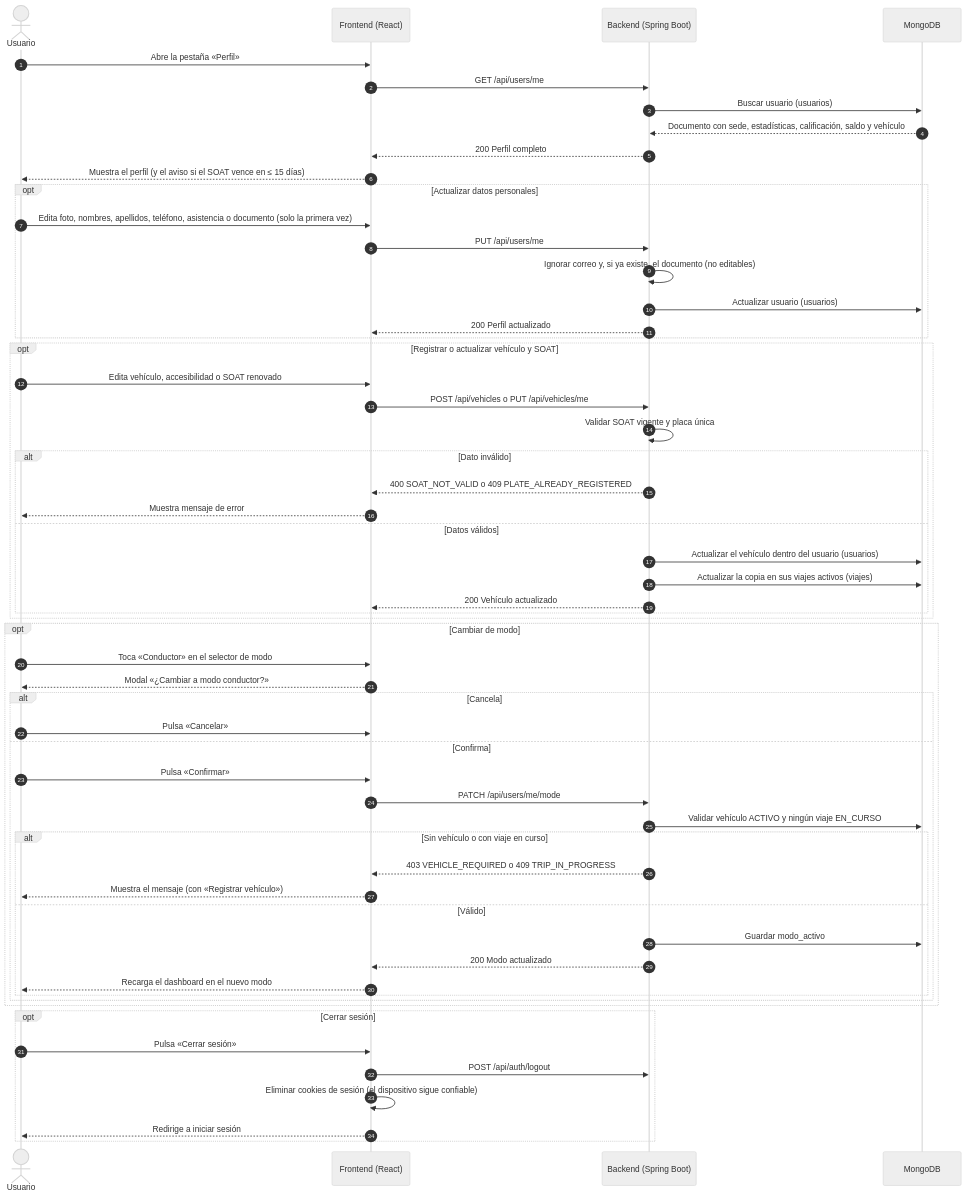
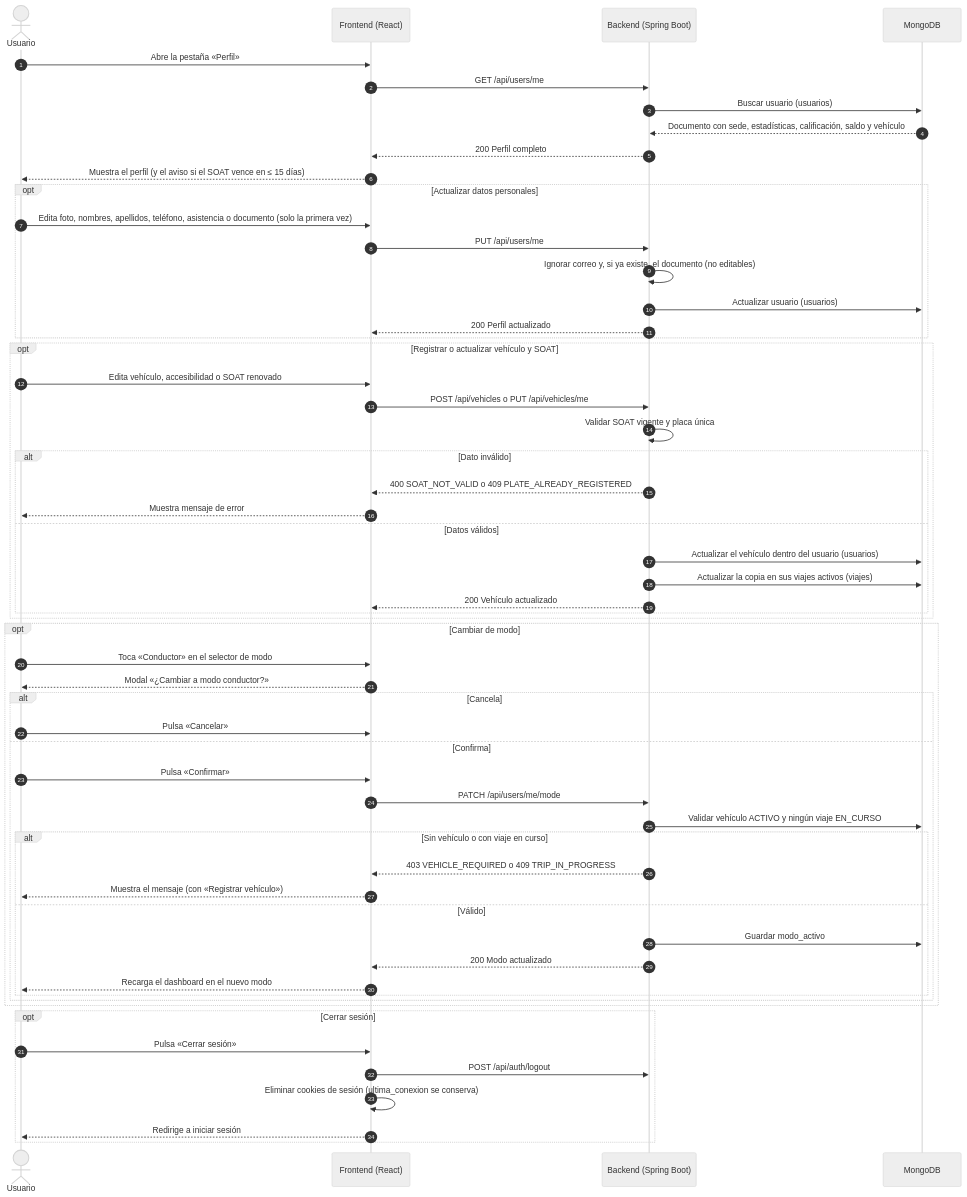
Diagram 12 of 13 in README.md (manuelguarniz/mono-movilidad-colaborativa), drawn with Mermaid (neutral theme) before and after one commit. The commit also changed other lines of this file and 43 other files, not shown here.

````diff
--- a/README.md
+++ b/README.md
@@ -1251,64 +1230,64 @@
 ```mermaid
 sequenceDiagram
     autonumber
     actor U as Usuario
     participant FE as Frontend (React)
     participant API as Backend (Spring Boot)
     participant DB as MongoDB
 
     U->>FE: Abre la pestaña «Perfil»
     FE->>API: GET /api/users/me
     API->>DB: Buscar usuario (usuarios)
     DB-->>API: Documento con sede, estadísticas, calificación, saldo y vehículo
     API-->>FE: 200 Perfil completo
     FE-->>U: Muestra el perfil (y el aviso si el SOAT vence en ≤ 15 días)
 
     opt Actualizar datos personales
         U->>FE: Edita foto, nombres, apellidos, teléfono, asistencia o documento (solo la primera vez)
         FE->>API: PUT /api/users/me
         API->>API: Ignorar correo y, si ya existe, el documento (no editables)
         API->>DB: Actualizar usuario (usuarios)
         API-->>FE: 200 Perfil actualizado
     end
 
     opt Registrar o actualizar vehículo y SOAT
         U->>FE: Edita vehículo, accesibilidad o SOAT renovado
         FE->>API: POST /api/vehicles o PUT /api/vehicles/me
         API->>API: Validar SOAT vigente y placa única
         alt Dato inválido
             API-->>FE: 400 SOAT_NOT_VALID o 409 PLATE_ALREADY_REGISTERED
             FE-->>U: Muestra mensaje de error
         else Datos válidos
             API->>DB: Actualizar el vehículo dentro del usuario (usuarios)
             API->>DB: Actualizar la copia en sus viajes activos (viajes)
             API-->>FE: 200 Vehículo actualizado
         end
     end
 
     opt Cambiar de modo
         U->>FE: Toca «Conductor» en el selector de modo
         FE-->>U: Modal «¿Cambiar a modo conductor?»
         alt Cancela
             U->>FE: Pulsa «Cancelar»
         else Confirma
             U->>FE: Pulsa «Confirmar»
             FE->>API: PATCH /api/users/me/mode
             API->>DB: Validar vehículo ACTIVO y ningún viaje EN_CURSO
             alt Sin vehículo o con viaje en curso
                 API-->>FE: 403 VEHICLE_REQUIRED o 409 TRIP_IN_PROGRESS
                 FE-->>U: Muestra el mensaje (con «Registrar vehículo»)
             else Válido
                 API->>DB: Guardar modo_activo
                 API-->>FE: 200 Modo actualizado
                 FE-->>U: Recarga el dashboard en el nuevo modo
             end
         end
     end
 
     opt Cerrar sesión
         U->>FE: Pulsa «Cerrar sesión»
         FE->>API: POST /api/auth/logout
-        FE->>FE: Eliminar cookies de sesión (el dispositivo sigue confiable)
+        FE->>FE: Eliminar cookies de sesión (ultima_conexion se conserva)
         FE-->>U: Redirige a iniciar sesión
     end
 ```
````
